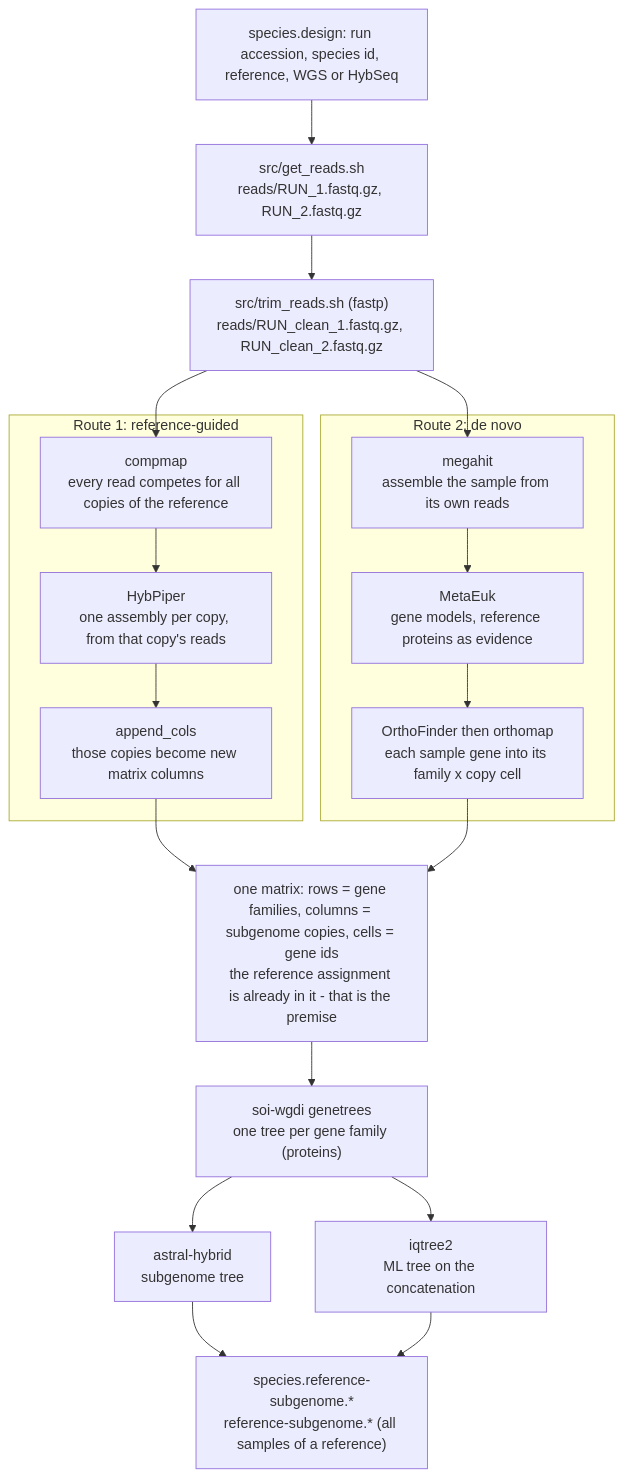
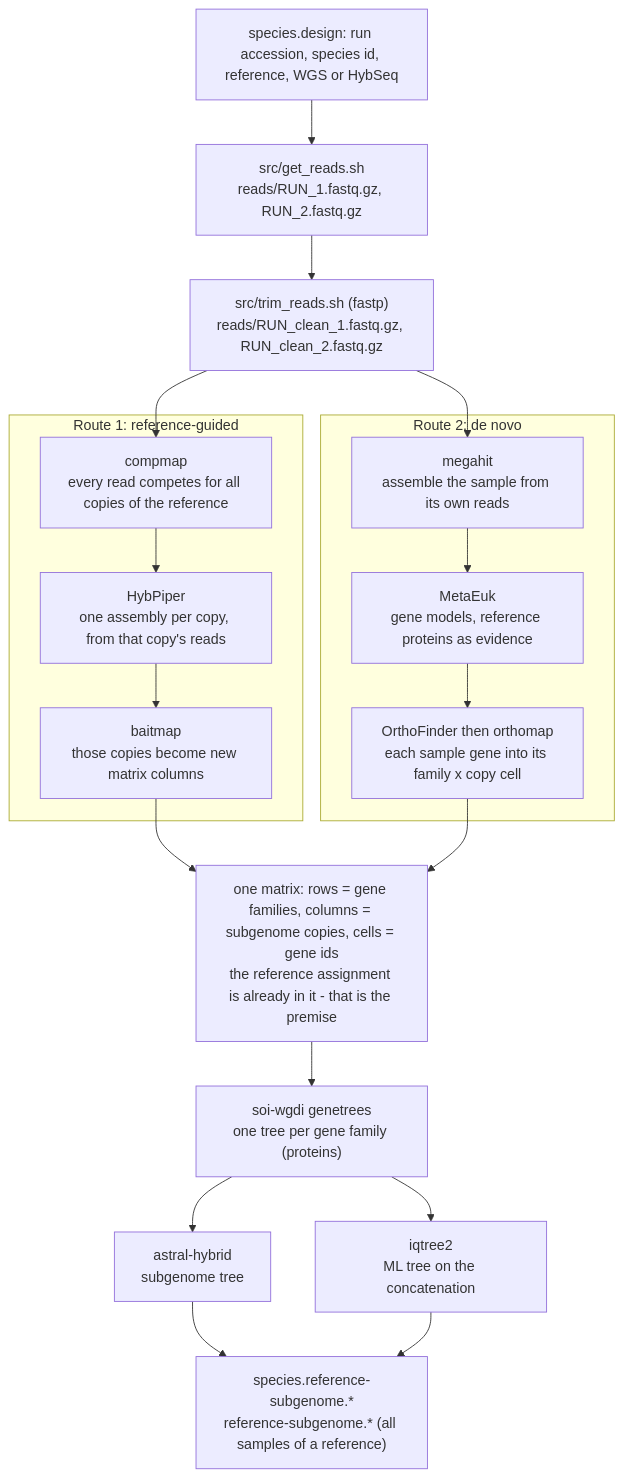
Before and after one commit to zhangrengang/subgenome_mapping: the diagram in README.md, drawn with Mermaid. The commit also changed other lines of this file and 1 other file, not shown here.

Commit message:
follow SOI 1.3.15: append_cols is now baitmap (compmap's bait ids already fix the copy); version check and diagram updated

````diff
--- a/README.md
+++ b/README.md
@@ -40,29 +40,29 @@
 ```mermaid
 flowchart TD
     A["species.design: run accession, species id, reference, WGS or HybSeq"] --> B["src/get_reads.sh<br/>reads/RUN_1.fastq.gz, RUN_2.fastq.gz"]
     B --> C["src/trim_reads.sh (fastp)<br/>reads/RUN_clean_1.fastq.gz, RUN_clean_2.fastq.gz"]
     C --> R1a
     C --> R2a
 
     subgraph R1["Route 1: reference-guided"]
         R1a["compmap<br/>every read competes for all copies of the reference"]
         R1b["HybPiper<br/>one assembly per copy, from that copy's reads"]
-        R1c["append_cols<br/>those copies become new matrix columns"]
+        R1c["baitmap<br/>those copies become new matrix columns"]
         R1a --> R1b --> R1c
     end
 
     subgraph R2["Route 2: de novo"]
         R2a["megahit<br/>assemble the sample from its own reads"]
         R2b["MetaEuk<br/>gene models, reference proteins as evidence"]
         R2c["OrthoFinder then orthomap<br/>each sample gene into its family x copy cell"]
         R2a --> R2b --> R2c
     end
 
     R1c --> M["one matrix: rows = gene families, columns = subgenome copies, cells = gene ids<br/>the reference assignment is already in it - that is the premise"]
     R2c --> M
     M --> T["soi-wgdi genetrees<br/>one tree per gene family (proteins)"]
     T --> S1["astral-hybrid<br/>subgenome tree"]
     T --> S2["iqtree2<br/>ML tree on the concatenation"]
     S1 --> O["species.reference-subgenome.*<br/>reference-subgenome.* (all samples of a reference)"]
     S2 --> O
 ```
````
